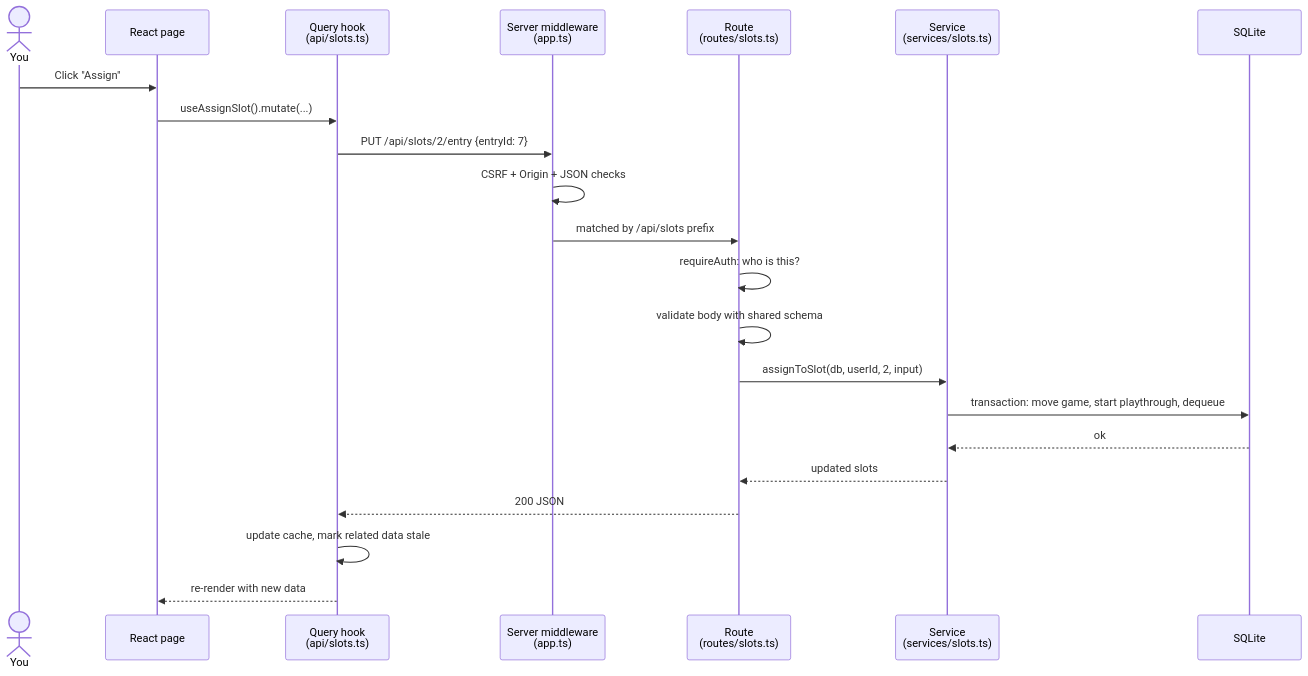
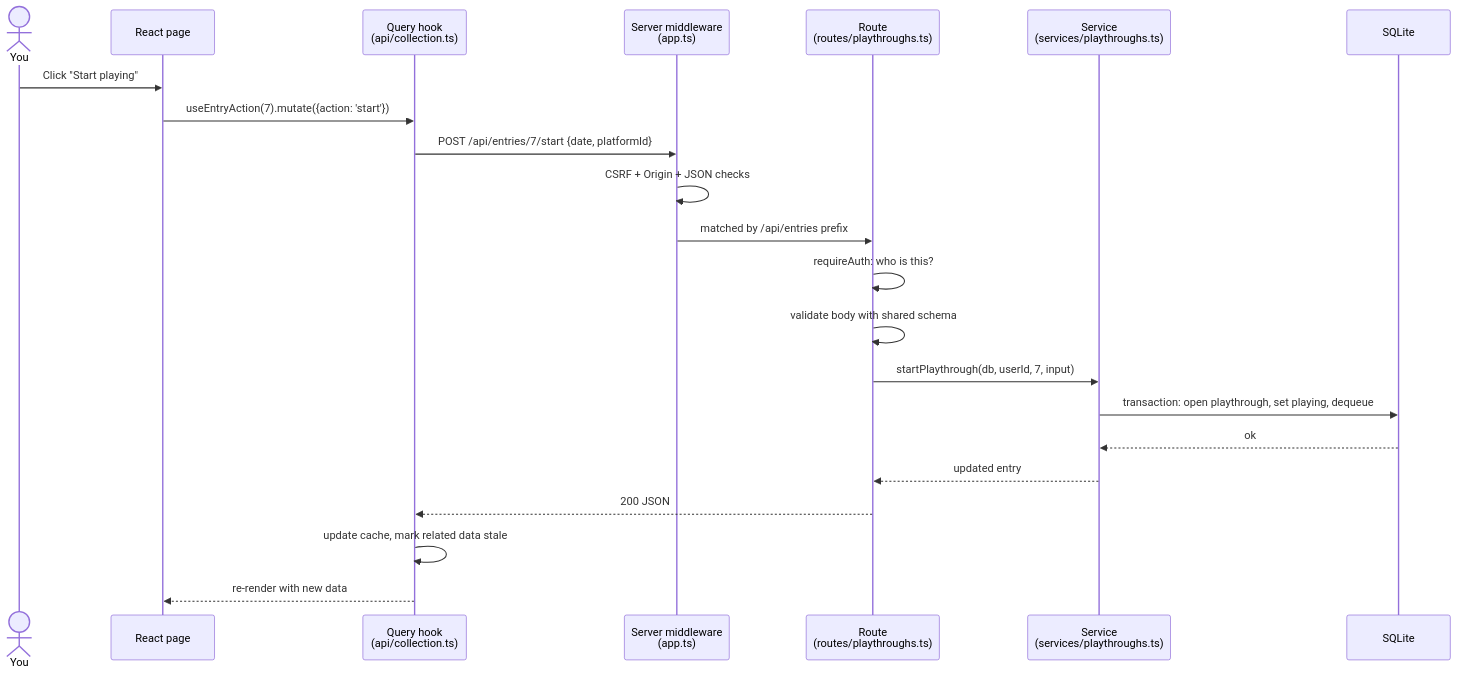
Before and after one commit to joeattardi/gamequeue: the fourth of 21 diagrams in OVERVIEW.md, drawn with Mermaid. The commit also changed other lines of this file and 77 other files, not shown here.

First line of the commit message:
R2: Playing replaces slots

````diff
--- a/OVERVIEW.md
+++ b/OVERVIEW.md
@@ -167,25 +167,25 @@
 ```mermaid
 sequenceDiagram
     actor You
     participant Page as React page
-    participant Hook as Query hook<br/>(api/slots.ts)
+    participant Hook as Query hook<br/>(api/collection.ts)
     participant MW as Server middleware<br/>(app.ts)
-    participant Route as Route<br/>(routes/slots.ts)
-    participant Svc as Service<br/>(services/slots.ts)
+    participant Route as Route<br/>(routes/playthroughs.ts)
+    participant Svc as Service<br/>(services/playthroughs.ts)
     participant DB as SQLite
 
-    You->>Page: Click "Assign"
-    Page->>Hook: useAssignSlot().mutate(...)
-    Hook->>MW: PUT /api/slots/2/entry {entryId: 7}
+    You->>Page: Click "Start playing"
+    Page->>Hook: useEntryAction(7).mutate({action: 'start'})
+    Hook->>MW: POST /api/entries/7/start {date, platformId}
     MW->>MW: CSRF + Origin + JSON checks
-    MW->>Route: matched by /api/slots prefix
+    MW->>Route: matched by /api/entries prefix
     Route->>Route: requireAuth: who is this?
     Route->>Route: validate body with shared schema
-    Route->>Svc: assignToSlot(db, userId, 2, input)
-    Svc->>DB: transaction: move game, start playthrough, dequeue
+    Route->>Svc: startPlaythrough(db, userId, 7, input)
+    Svc->>DB: transaction: open playthrough, set playing, dequeue
     DB-->>Svc: ok
-    Svc-->>Route: updated slots
+    Svc-->>Route: updated entry
     Route-->>Hook: 200 JSON
     Hook->>Hook: update cache, mark related data stale
     Hook-->>Page: re-render with new data
 ```
````
